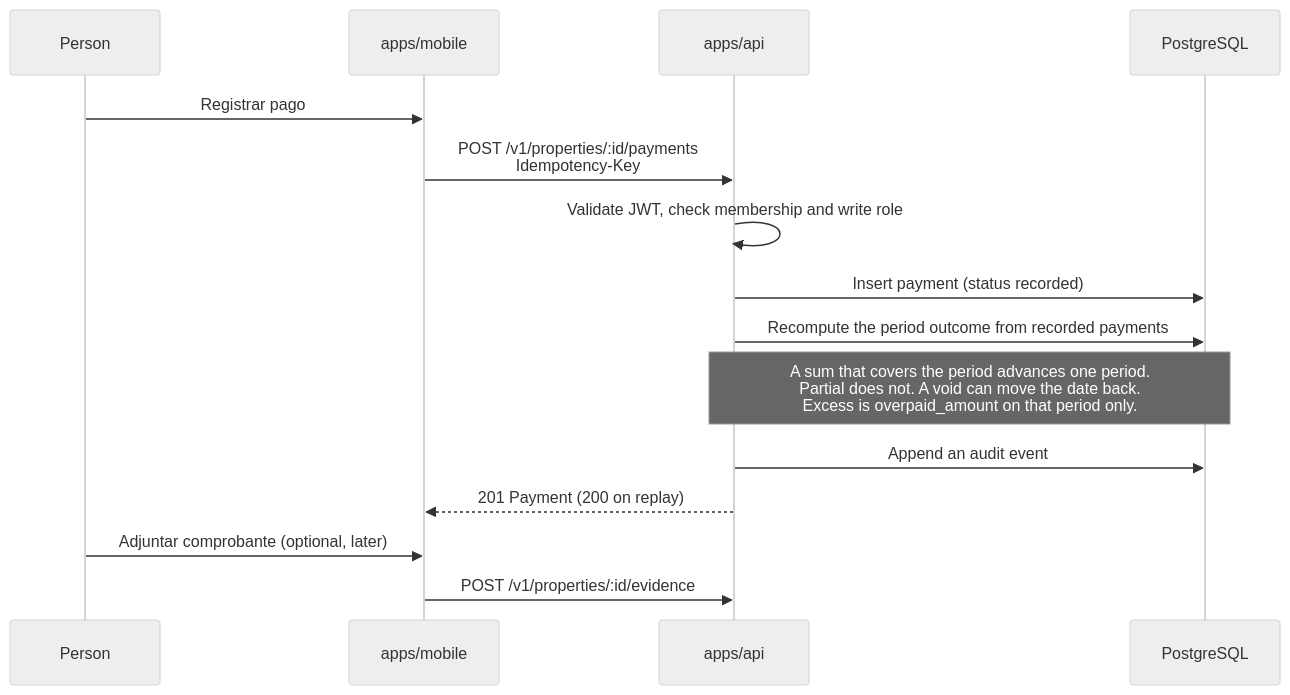
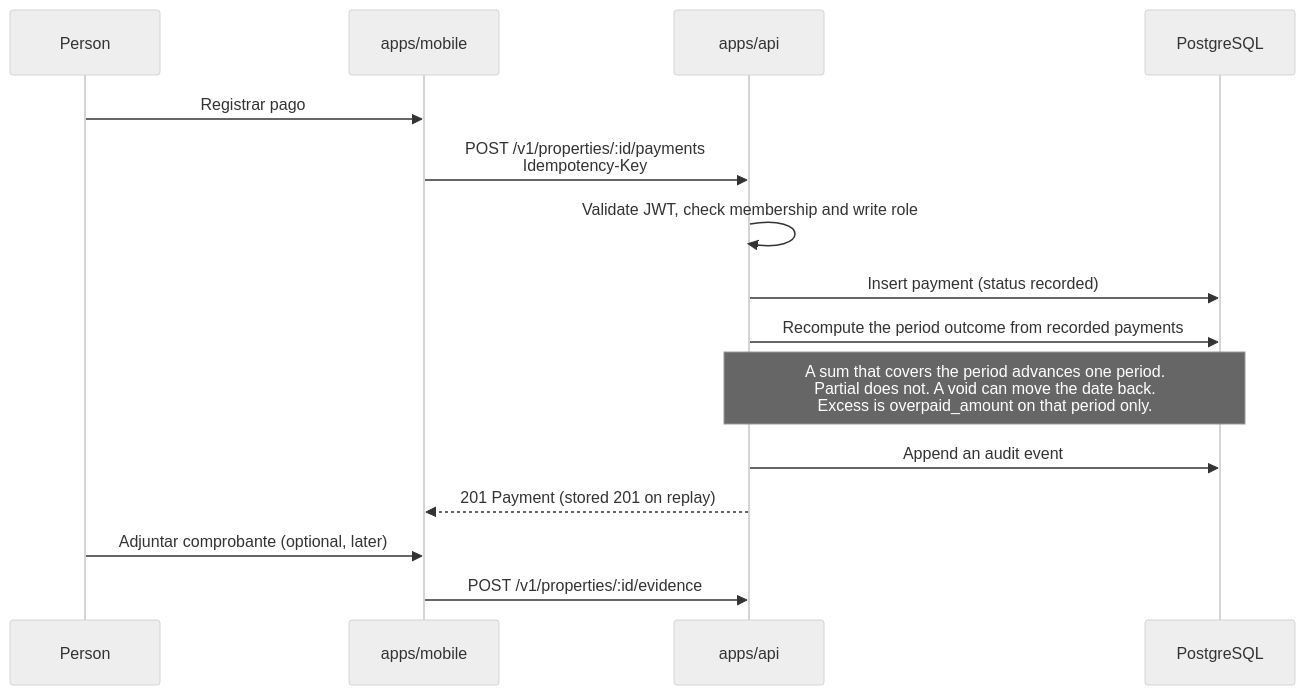
One commit to VahagnCh/property-control changed the second of 3 diagrams in docs/ARCHITECTURE.md. Above: the diagram before and after it, drawn with Mermaid (neutral theme). The commit also changed 4 other files, not shown here.

First line of the commit message:
Say a payment-create replay returns the stored 201.

````diff
--- a/docs/ARCHITECTURE.md
+++ b/docs/ARCHITECTURE.md
@@ -80,18 +80,18 @@
 ```mermaid
 sequenceDiagram
   participant U as Person
   participant M as apps/mobile
   participant A as apps/api
   participant D as PostgreSQL
 
   U->>M: Registrar pago
   M->>A: POST /v1/properties/:id/payments<br/>Idempotency-Key
   A->>A: Validate JWT, check membership and write role
   A->>D: Insert payment (status recorded)
   A->>D: Recompute the period outcome from recorded payments
   Note over A,D: A sum that covers the period advances one period.<br/>Partial does not. A void can move the date back.<br/>Excess is overpaid_amount on that period only.
   A->>D: Append an audit event
-  A-->>M: 201 Payment (200 on replay)
+  A-->>M: 201 Payment (stored 201 on replay)
   U->>M: Adjuntar comprobante (optional, later)
   M->>A: POST /v1/properties/:id/evidence
 ```
````
